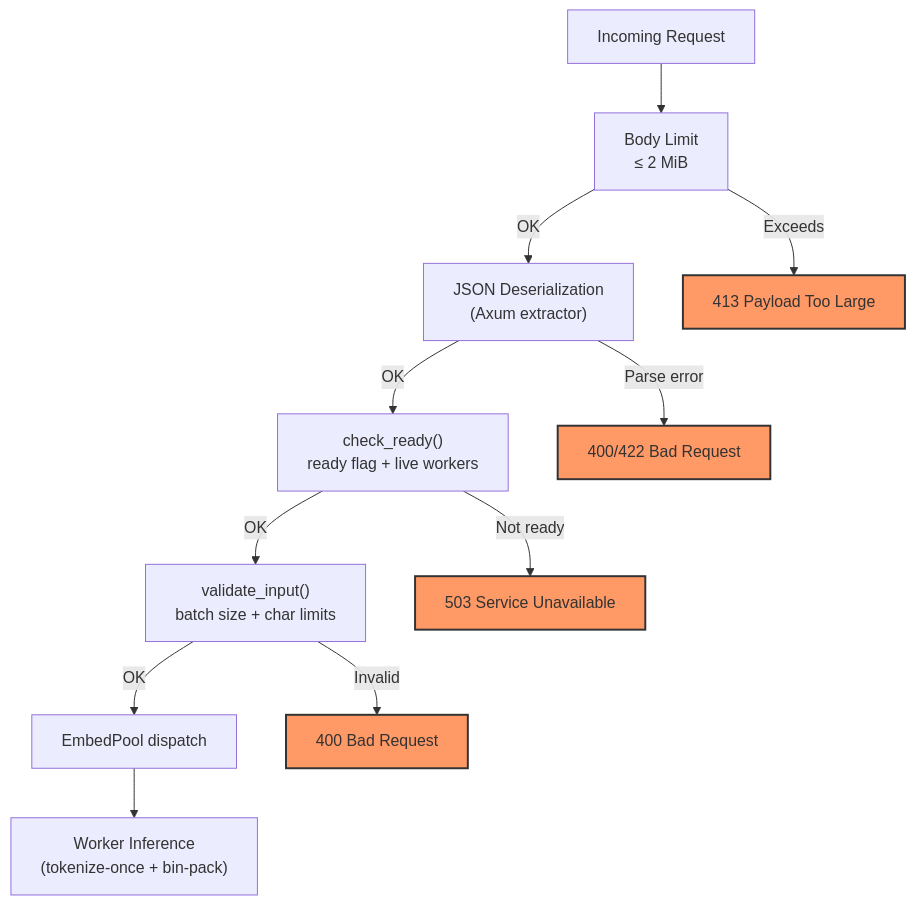
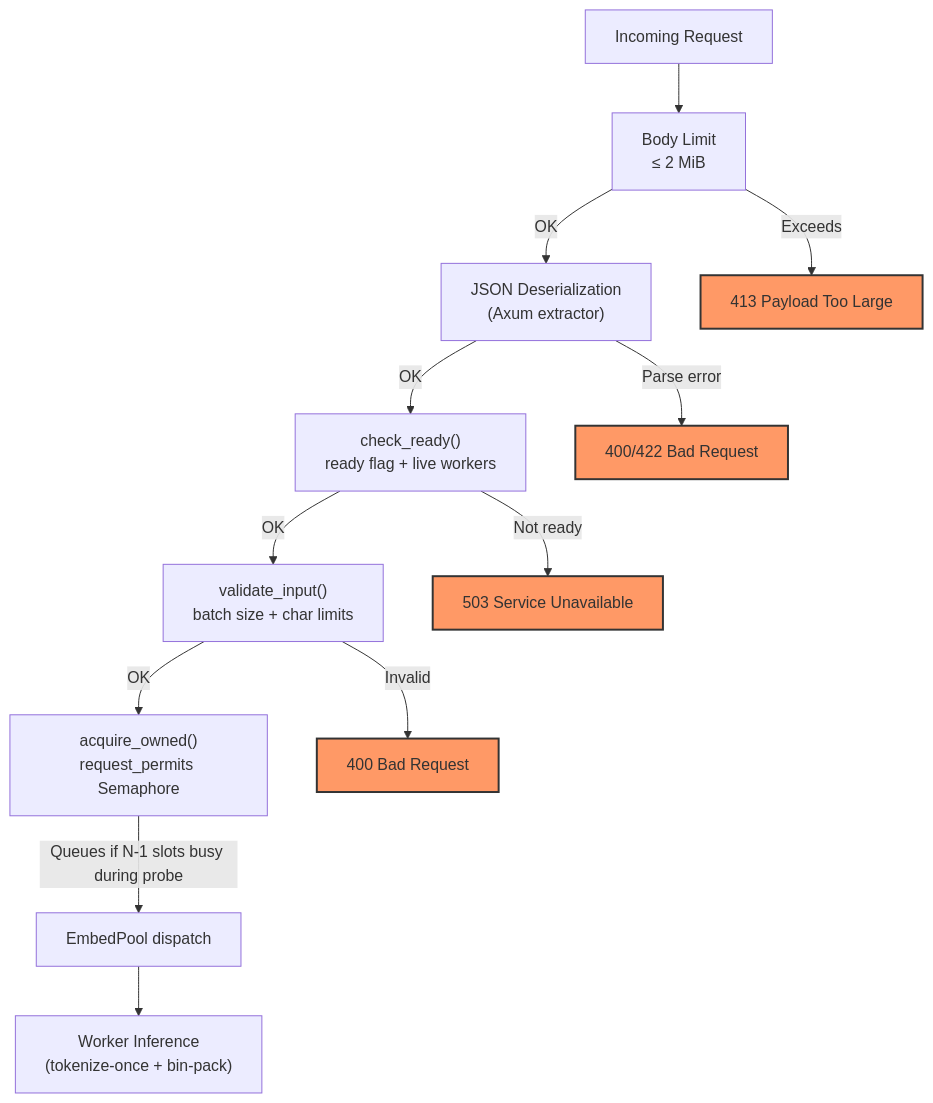
Before and after one commit to Fulton-Engineering-Services/bge-m3-embedding-server: the third of 4 diagrams in docs/request-flow.md, drawn with Mermaid. The commit also changed other lines of this file and 26 other files, not shown here.

````diff
--- a/docs/request-flow.md
+++ b/docs/request-flow.md
@@ -108,23 +111,25 @@
 ```mermaid
 graph TD
     Req["Incoming Request"]
     Body["Body Limit<br/>≤ 2 MiB"]
     Deser["JSON Deserialization<br/>(Axum extractor)"]
     Ready["check_ready()<br/>ready flag + live workers"]
     Validate["validate_input()<br/>batch size + char limits"]
+    Permit["acquire_owned()<br/>request_permits Semaphore"]
     Pool["EmbedPool dispatch"]
 
     Req --> Body
     Body -->|"Exceeds"| R413["413 Payload Too Large"]
     Body -->|"OK"| Deser
     Deser -->|"Parse error"| R400a["400/422 Bad Request"]
     Deser -->|"OK"| Ready
     Ready -->|"Not ready"| R503["503 Service Unavailable"]
     Ready -->|"OK"| Validate
     Validate -->|"Invalid"| R400b["400 Bad Request"]
-    Validate -->|"OK"| Pool
+    Validate -->|"OK"| Permit
+    Permit -->|"Queues if N-1 slots busy during probe"| Pool
     Pool --> Inference["Worker Inference<br/>(tokenize-once + bin-pack)"]
 
     classDef errorNode fill:#f96,stroke:#333,stroke-width:2px
     class R413,R400a,R503,R400b errorNode
 ```
````
